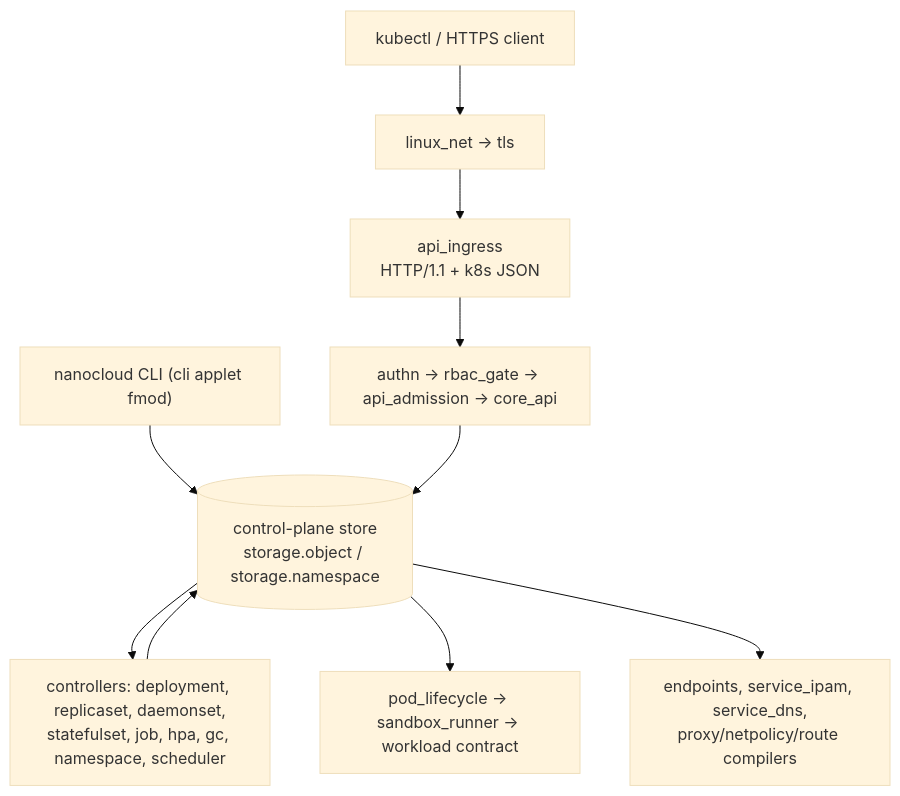
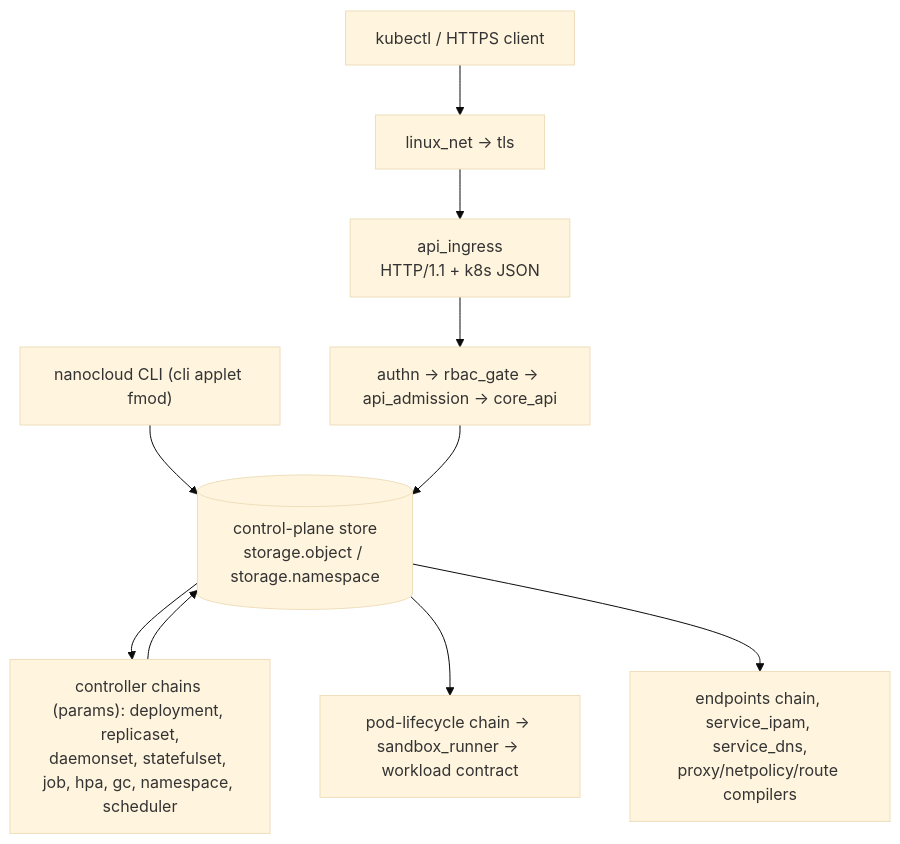
Before and after one commit to nanocloudio/nanocloud: the diagram in README.md, drawn with Mermaid (base theme). The commit also changed other lines of this file and 100 other files, not shown here.

Commit message:
Workload controllers and the API request path migrated to Chronicle plus doc updates

````diff
--- a/README.md
+++ b/README.md
@@ -39,12 +44,12 @@
 ```mermaid
 flowchart TD
     CLI["nanocloud CLI (cli applet fmod)"] --> Store[("control-plane store<br/>storage.object / storage.namespace")]
     Client["kubectl / HTTPS client"] --> TLS["linux_net → tls"]
     TLS --> Ingress["api_ingress<br/>HTTP/1.1 + k8s JSON"]
     Ingress --> Pipe["authn → rbac_gate → api_admission → core_api"]
     Pipe --> Store
-    Store --> Ctrl["controllers: deployment, replicaset, daemonset,<br/>statefulset, job, hpa, gc, namespace, scheduler"]
+    Store --> Ctrl["controller chains (params): deployment, replicaset,<br/>daemonset, statefulset, job, hpa, gc, namespace, scheduler"]
     Ctrl --> Store
-    Store --> Node["pod_lifecycle → sandbox_runner → workload contract"]
-    Store --> Net["endpoints, service_ipam, service_dns,<br/>proxy/netpolicy/route compilers"]
+    Store --> Node["pod-lifecycle chain → sandbox_runner → workload contract"]
+    Store --> Net["endpoints chain, service_ipam, service_dns,<br/>proxy/netpolicy/route compilers"]
 ```
````
